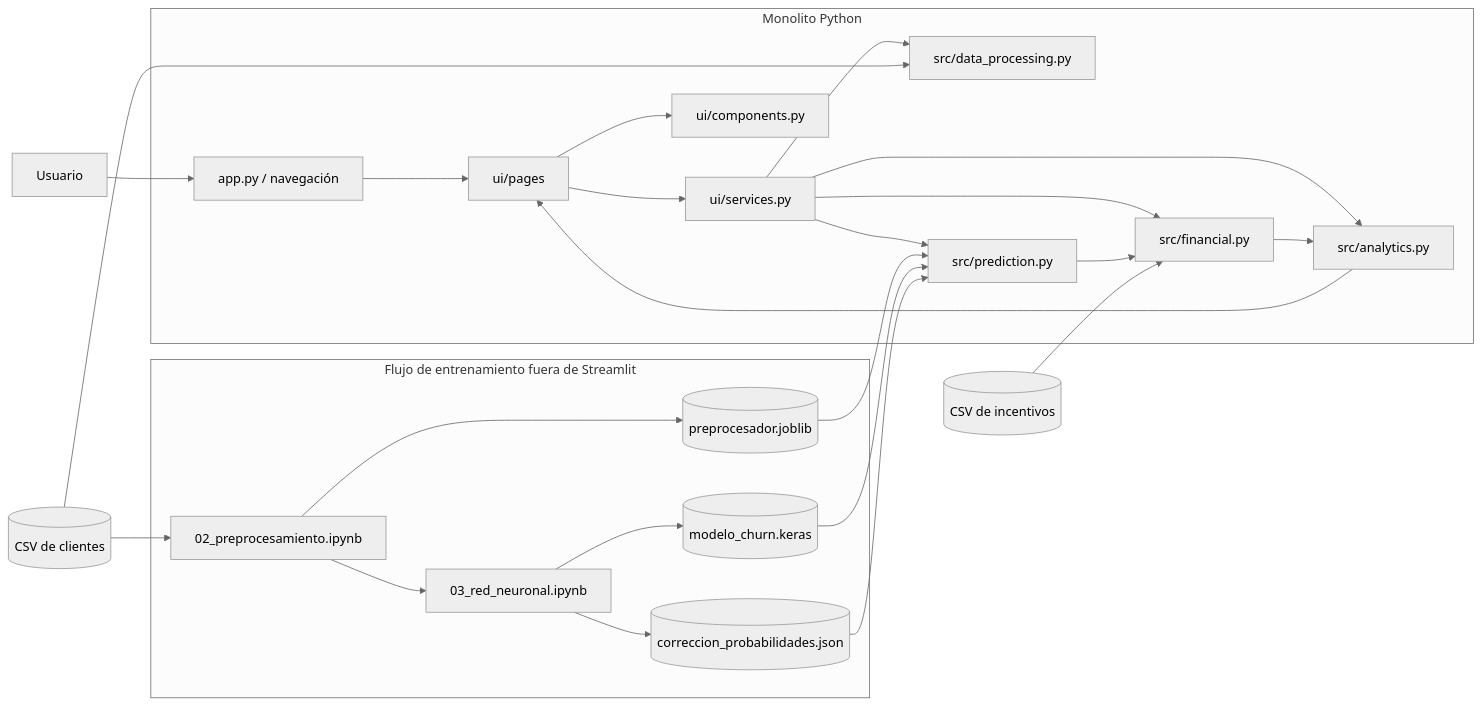
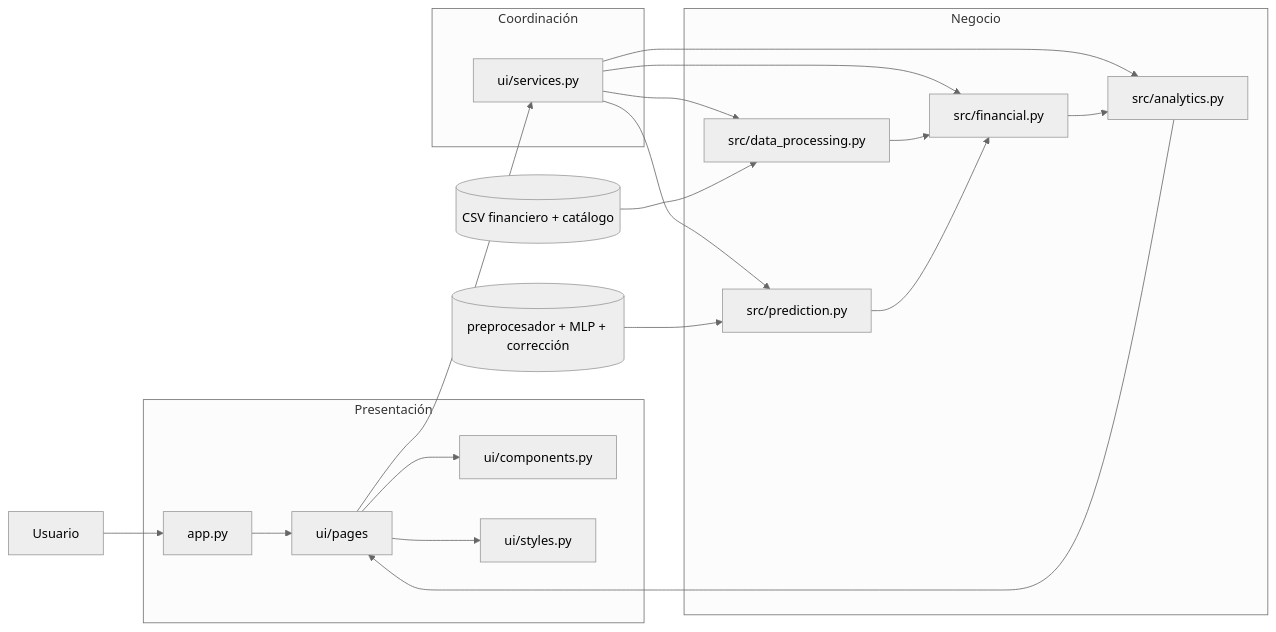
The second of 3 diagrams in docs/architecture.md (An2k24Dm/project-AI), drawn with Mermaid (neutral theme) before and after one commit. The commit also changed other lines of this file and 19 other files, not shown here.

````diff
--- a/docs/architecture.md
+++ b/docs/architecture.md
@@ -45,31 +64,28 @@
 ```mermaid
 flowchart LR
-    U[Usuario] --> APP[app.py / navegación]
+    U[Usuario] --> APP[app.py]
 
-    subgraph MON[Monolito Python]
+    subgraph UI[Presentación]
         APP --> PAGES[ui/pages]
-        PAGES --> SVC[ui/services.py]
-        PAGES --> CMP[ui/components.py]
-        SVC --> DP[src/data_processing.py]
-        SVC --> PR[src/prediction.py]
-        SVC --> FN[src/financial.py]
-        SVC --> AN[src/analytics.py]
-        PR --> FN
-        FN --> AN
+        PAGES --> COMP[ui/components.py]
+        PAGES --> STYLE[ui/styles.py]
     end
 
-    DC[(CSV de clientes)] --> DP
-    IC[(CSV de incentivos)] --> FN
-    PP[(preprocesador.joblib)] --> PR
-    NN[(modelo_churn.keras)] --> PR
-    CP[(correccion_probabilidades.json)] --> PR
+    subgraph COORD[Coordinación]
+        PAGES --> SVC[ui/services.py]
+    end
+
+    subgraph CORE[Negocio]
+        SVC --> DATA[src/data_processing.py]
+        SVC --> PRED[src/prediction.py]
+        SVC --> FIN[src/financial.py]
+        SVC --> AN[src/analytics.py]
+    end
+
+    RES[(CSV financiero + catálogo)] --> DATA
+    ART[(preprocesador + MLP + corrección)] --> PRED
+    DATA --> FIN
+    PRED --> FIN
+    FIN --> AN
     AN --> PAGES
-
-    subgraph OFF[Flujo de entrenamiento fuera de Streamlit]
-        PRE[02_preprocesamiento.ipynb] --> PP
-        RED[03_red_neuronal.ipynb] --> NN
-        RED --> CP
-    end
-    DC --> PRE
-    PRE --> RED
 ```
````
